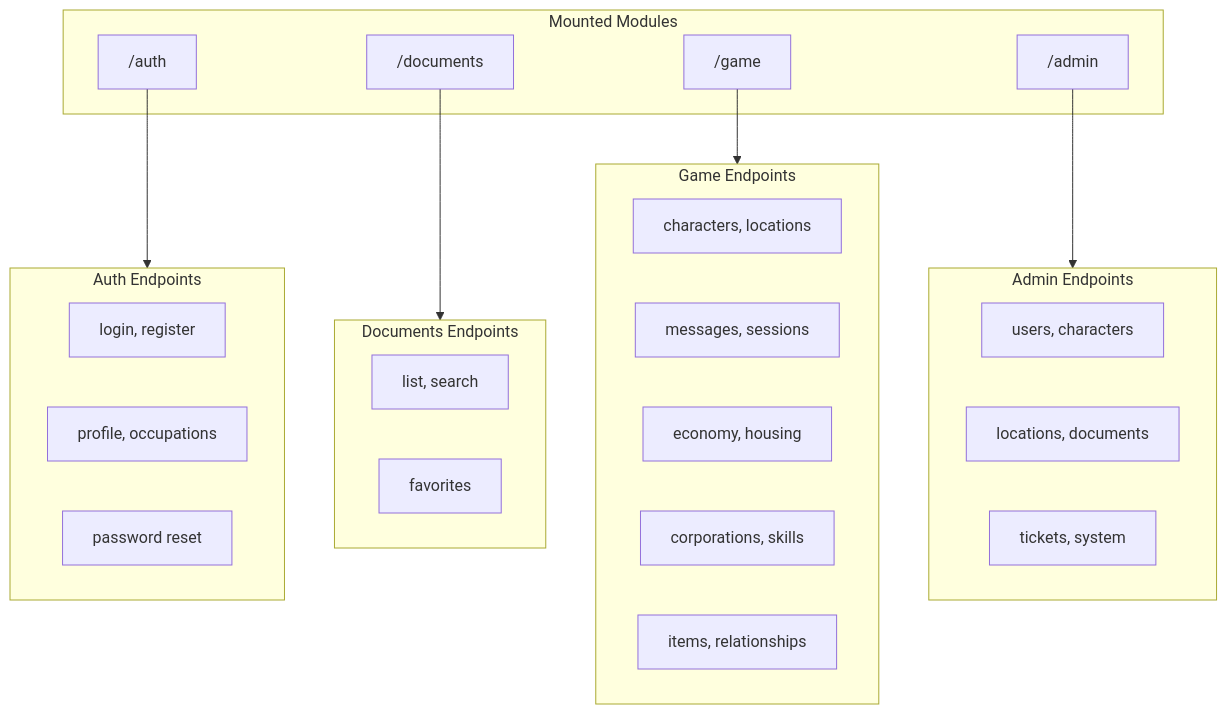
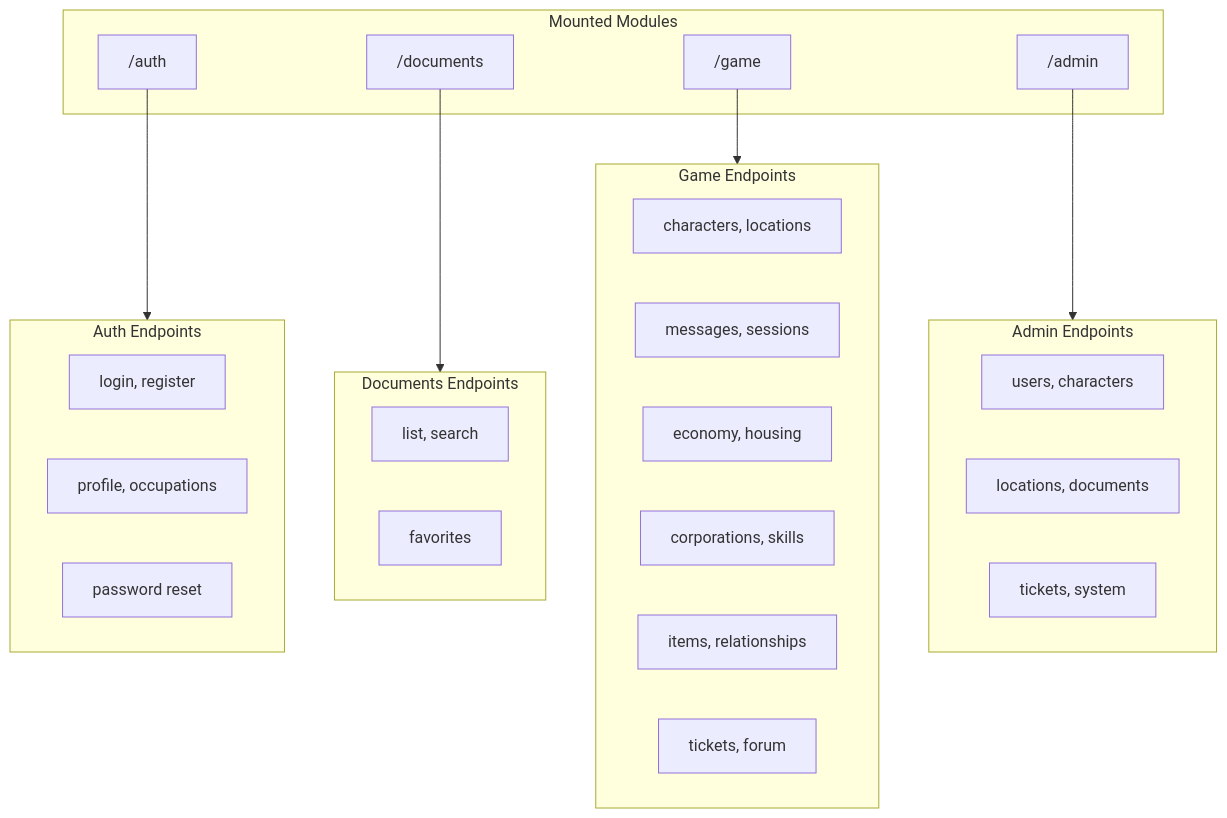
One commit to pagliagen/tenpennynovels changed the diagram in docs/tecnica/backend/api-endpoints.md. Above: the diagram before and after it, drawn with Mermaid. The commit also changed other lines of this file and 6 other files, not shown here.

````diff
--- a/docs/tecnica/backend/api-endpoints.md
+++ b/docs/tecnica/backend/api-endpoints.md
@@ -13,39 +15,40 @@
 ```mermaid
 flowchart TB
     subgraph Mounted["Mounted Modules"]
         AUTH["/auth"]
         DOCS["/documents"]
         GAME["/game"]
         ADMIN["/admin"]
     end
 
     subgraph AuthEndpoints["Auth Endpoints"]
         A1["login, register"]
         A2["profile, occupations"]
         A3["password reset"]
     end
 
     subgraph GameEndpoints["Game Endpoints"]
         G1["characters, locations"]
         G2["messages, sessions"]
         G3["economy, housing"]
         G4["corporations, skills"]
         G5["items, relationships"]
+        G6["tickets, forum"]
     end
 
     subgraph DocEndpoints["Documents Endpoints"]
         D1["list, search"]
         D2["favorites"]
     end
 
     subgraph AdminEndpoints["Admin Endpoints"]
         AD1["users, characters"]
         AD2["locations, documents"]
         AD3["tickets, system"]
     end
 
     AUTH --> AuthEndpoints
     DOCS --> DocEndpoints
     GAME --> GameEndpoints
     ADMIN --> AdminEndpoints
 ```
````
